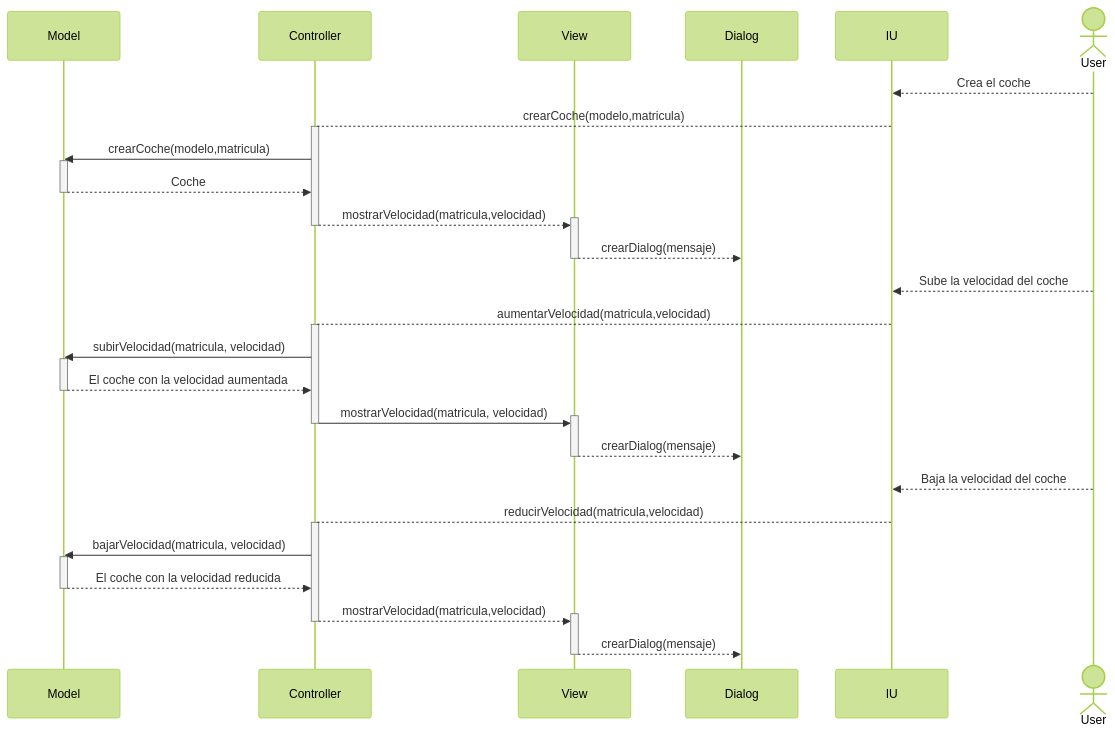
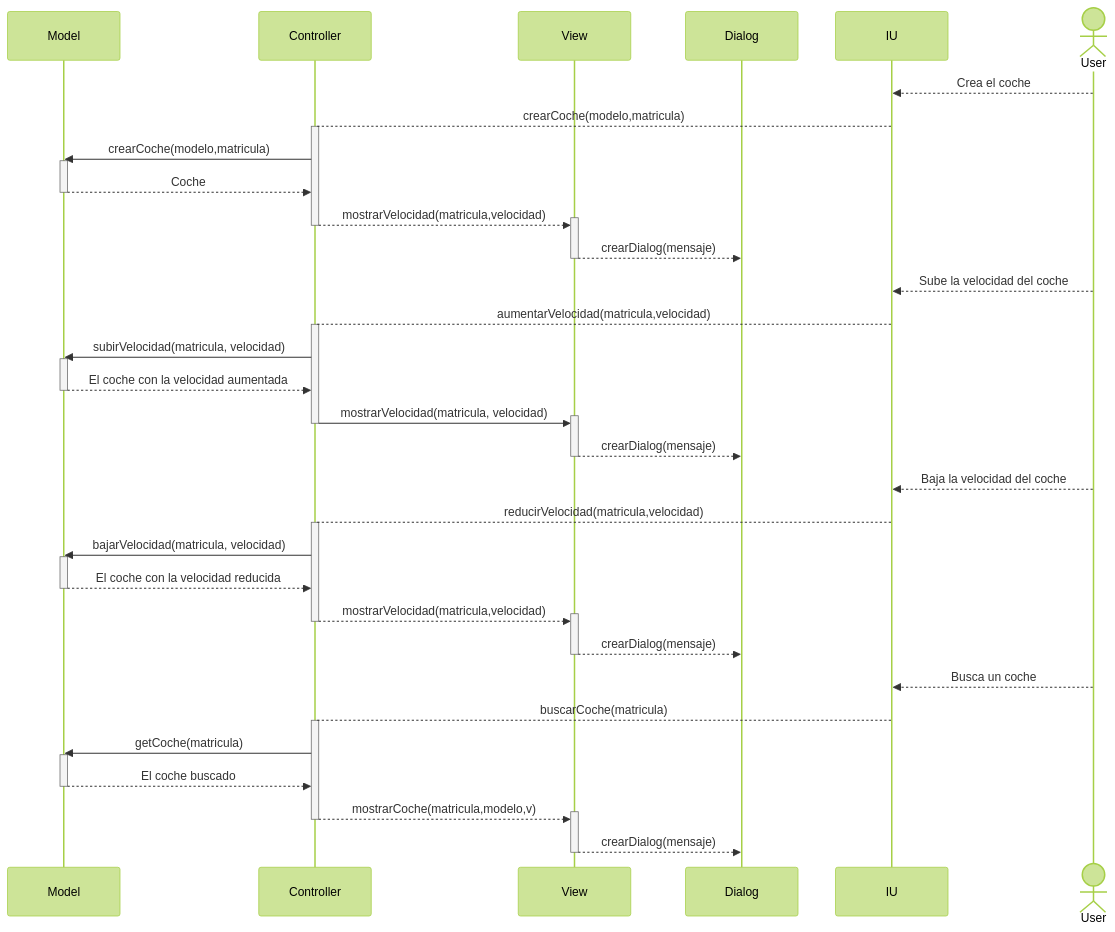
One commit to LuciaB16/MVC_coches changed the third of 3 diagrams in Readme.md. Above: the diagram before and after it, drawn with Mermaid (forest theme). The commit also changed other lines of this file, not shown here.

Commit message:
Actualización diagramas del readme

````diff
--- a/Readme.md
+++ b/Readme.md
@@ -100,43 +114,54 @@
 ```mermaid
 sequenceDiagram
     participant Model
     participant Controller
     participant View
     participant Dialog
     participant IU
     actor User
     
     User-->>IU: Crea el coche
     IU-->Controller: crearCoche(modelo,matricula)
     activate Controller
     Controller->>Model: crearCoche(modelo,matricula)
     activate Model
     Model-->>Controller: Coche
     deactivate Model
     Controller-->>+View: mostrarVelocidad(matricula,velocidad)
     deactivate Controller
     View-->>-Dialog: crearDialog(mensaje)
        
     User-->>IU: Sube la velocidad del coche
     IU-->Controller: aumentarVelocidad(matricula,velocidad)
     activate Controller    
     Controller->>Model: subirVelocidad(matricula, velocidad)
     activate Model
     Model-->>Controller: El coche con la velocidad aumentada
     deactivate Model
     Controller->>+View: mostrarVelocidad(matricula, velocidad)
     deactivate Controller
     View-->>-Dialog: crearDialog(mensaje)
     
     User-->>IU: Baja la velocidad del coche
     IU-->Controller: reducirVelocidad(matricula,velocidad)
     activate Controller       
     Controller->>Model: bajarVelocidad(matricula, velocidad)
     activate Model
     Model-->>Controller: El coche con la velocidad reducida
     deactivate Model
     Controller-->>+View: mostrarVelocidad(matricula,velocidad)
     deactivate Controller
     View-->>-Dialog: crearDialog(mensaje)
     
+    User-->>IU: Busca un coche
+    IU-->Controller: buscarCoche(matricula)
+    activate Controller       
+    Controller->>Model: getCoche(matricula)
+    activate Model
+    Model-->>Controller: El coche buscado
+    deactivate Model
+    Controller-->>+View: mostrarCoche(matricula,modelo,v)
+    deactivate Controller
+    View-->>-Dialog: crearDialog(mensaje)
+    
    ```
````
